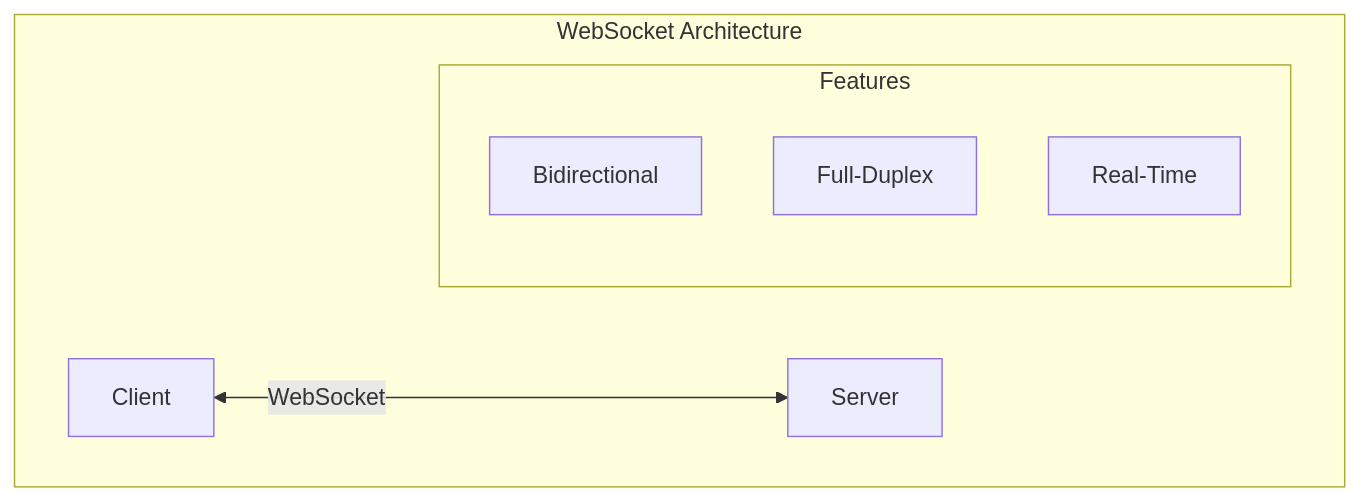
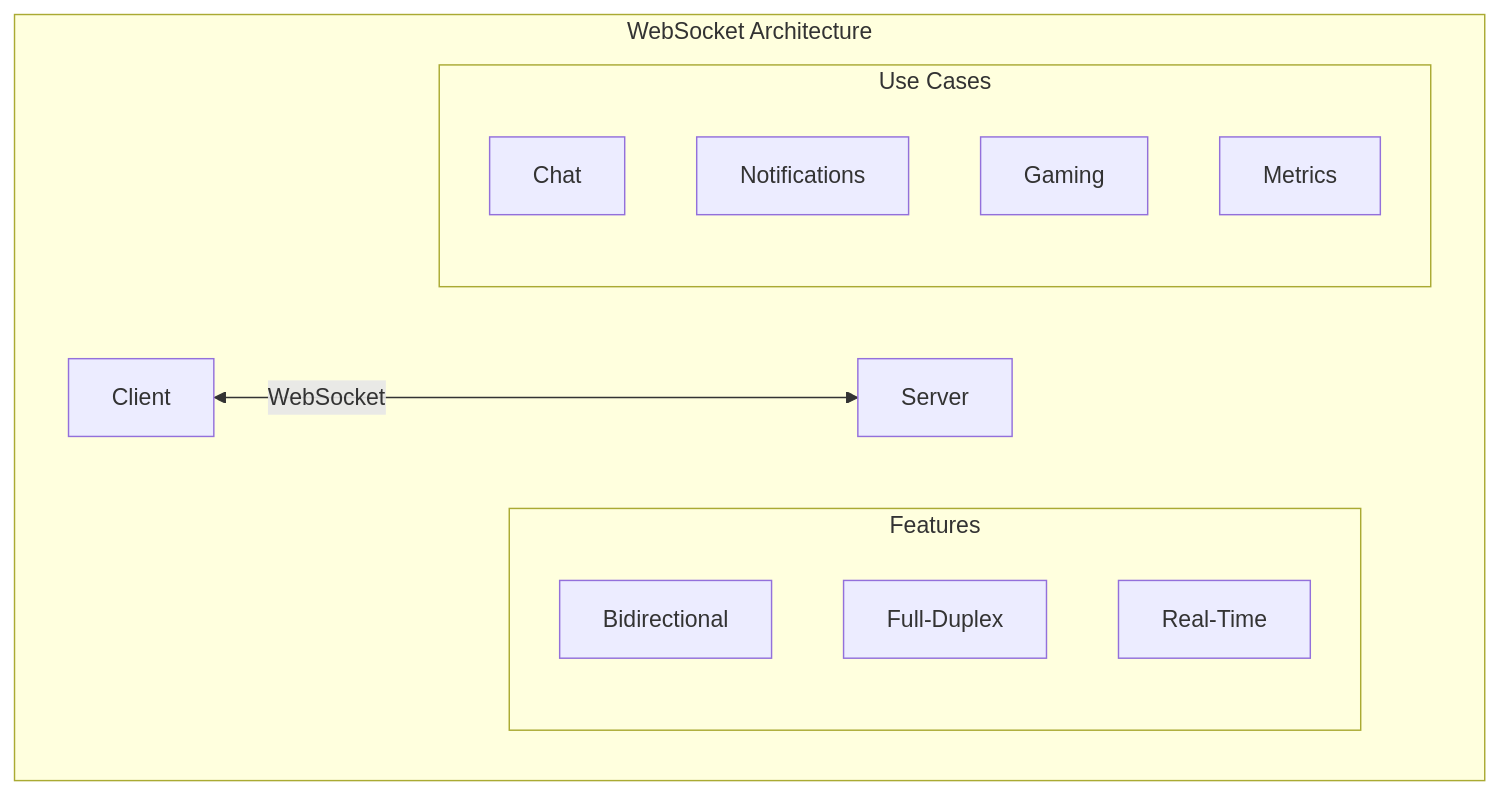
Before and after one commit to saravanakumarrc/Architecture_Journey: the third of 7 diagrams in src/Network_and_Protocol_Design.md, drawn with Mermaid. The commit also changed other lines of this file and 4 other files, not shown here.

````diff
--- a/src/Network_and_Protocol_Design.md
+++ b/src/Network_and_Protocol_Design.md
@@ -205,12 +87,19 @@
 ```mermaid
 graph TB
     subgraph "WebSocket Architecture"
         C[Client] <--> |WebSocket| S[Server]
         
         subgraph "Features"
             BD[Bidirectional]
             FD[Full-Duplex]
             RP[Real-Time]
         end
+        
+        subgraph "Use Cases"
+            CH[Chat]
+            NT[Notifications]
+            GM[Gaming]
+            MT[Metrics]
+        end
     end
 ```
````
